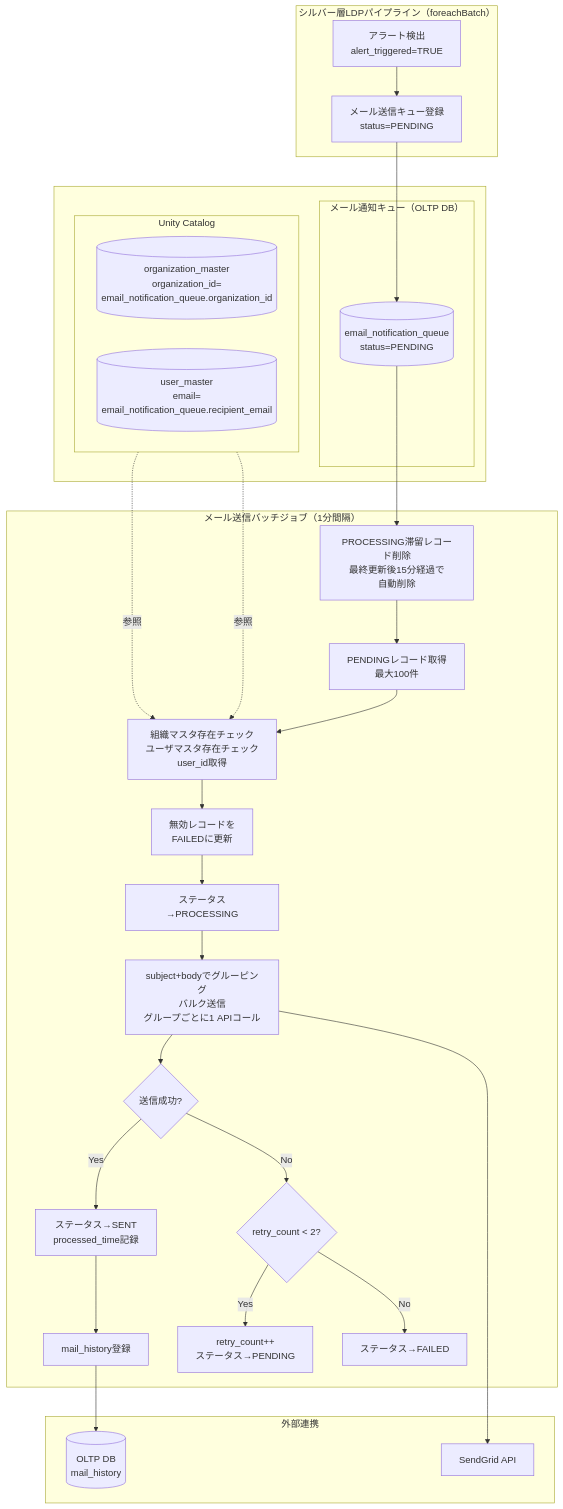
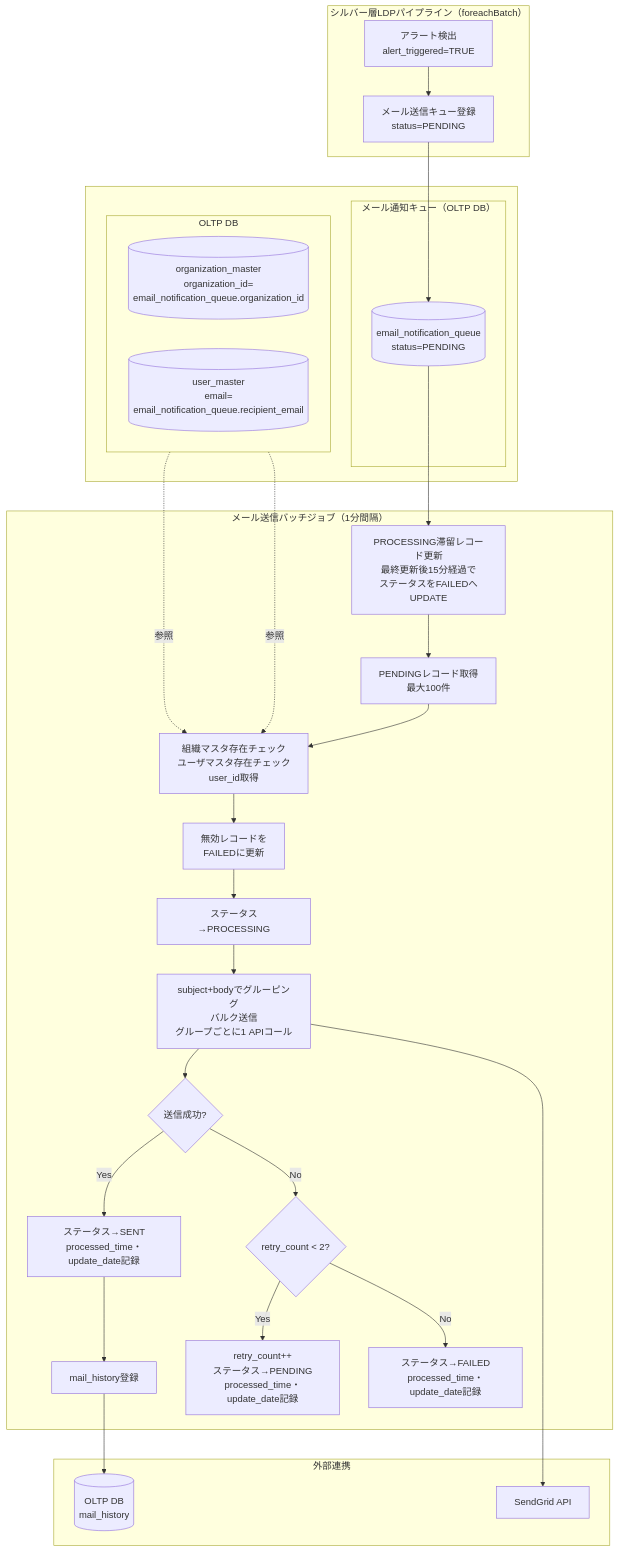
Before and after one commit to NSW-SVCP-AIWG002/Databricks-IoT: the first of 2 diagrams in docs/03-features/batch/scheduled-email-job/README.md, drawn with Mermaid. The commit also changed other lines of this file and 5 other files, not shown here.

````diff
--- a/docs/03-features/batch/scheduled-email-job/README.md
+++ b/docs/03-features/batch/scheduled-email-job/README.md
@@ -154,59 +171,59 @@
 ```mermaid
 flowchart TB
     subgraph Silver["シルバー層LDPパイプライン（foreachBatch）"]
         AlertDetect[アラート検出<br>alert_triggered=TRUE]
         QueueInsert[メール送信キュー登録<br>status=PENDING]
         AlertDetect --> QueueInsert
     end
 
     subgraph  
         subgraph Queue["メール通知キュー（OLTP DB）"]
             PendingRecord[(email_notification_queue<br>status=PENDING)]
             QueueInsert --> PendingRecord
         end
 
-        subgraph DLTTBL["Unity Catalog"]
+        subgraph DLTTBL["OLTP DB"]
             direction LR
             OrganizationMaster[(organization_master<br>organization_id=<br>email_notification_queue.organization_id)]
             UserMaster[(user_master<br>email=<br>email_notification_queue.recipient_email)]
         end
     end
 
     subgraph Batch["メール送信バッチジョブ（1分間隔）"]
-        Recovery[PROCESSING滞留レコード削除<br>最終更新後15分経過で<br>自動削除]
+        Recovery[PROCESSING滞留レコード更新<br>最終更新後15分経過で<br>ステータスをFAILEDへUPDATE]
         Fetch[PENDINGレコード取得<br>最大100件]
         MasterCheck[組織マスタ存在チェック<br>ユーザマスタ存在チェック<br>user_id取得]
         InvalidFailed[無効レコードを<br>FAILEDに更新]
         UpdateProcessing[ステータス→PROCESSING]
         BulkSend[subject+bodyでグルーピング<br>バルク送信<br>グループごとに1 APIコール]
         Success{送信成功?}
-        UpdateSent[ステータス→SENT<br>processed_time記録]
+        UpdateSent[ステータス→SENT<br>processed_time・update_date記録]
         CheckRetry{retry_count < 2?}
-        UpdatePending[retry_count++<br>ステータス→PENDING]
-        UpdateFailed[ステータス→FAILED]
+        UpdatePending[retry_count++<br>ステータス→PENDING<br>processed_time・update_date記録]
+        UpdateFailed[ステータス→FAILED<br>processed_time・update_date記録]
         RecordHistory[mail_history登録]
 
         Recovery --> Fetch
         Fetch --> MasterCheck
         MasterCheck --> InvalidFailed
         InvalidFailed --> UpdateProcessing
         UpdateProcessing --> BulkSend
         BulkSend --> Success
         Success -->|Yes| UpdateSent
         Success -->|No| CheckRetry
         CheckRetry -->|Yes| UpdatePending
         CheckRetry -->|No| UpdateFailed
         UpdateSent --> RecordHistory
     end
 
     subgraph External["外部連携"]
         SendGrid[SendGrid API]
         MailHistory[(OLTP DB<br>mail_history)]
         BulkSend --> SendGrid
         RecordHistory --> MailHistory
     end
 
     PendingRecord --> Recovery
     OrganizationMaster -.->|参照| MasterCheck
     UserMaster -.->|参照| MasterCheck
 ```
````
